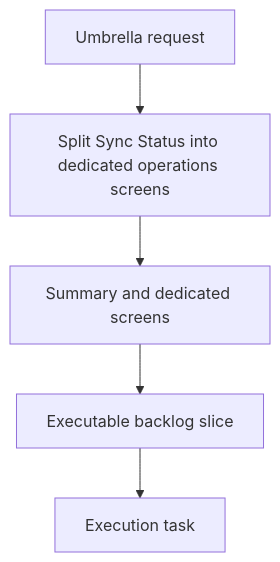
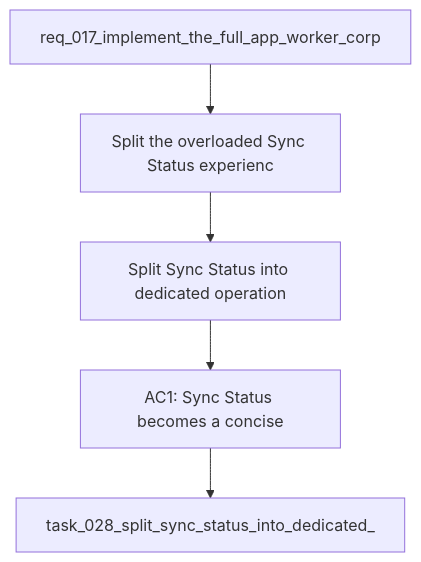
The diagram in logics/backlog/item_060_split_sync_status_into_dedicated_operations_screens.md (AlexAgo83/deepvault), drawn with Mermaid before and after one commit. The commit also changed other lines of this file and 10 other files, not shown here.

Commit message:
chore(logics): close umbrella plan and sync workflow docs

````diff
--- a/logics/backlog/item_060_split_sync_status_into_dedicated_operations_screens.md
+++ b/logics/backlog/item_060_split_sync_status_into_dedicated_operations_screens.md
@@ -21,9 +22,9 @@
 ```mermaid
 %% logics-kind: backlog
-%% logics-signature: backlog|split-sync-status-into-dedicated-operati|req-017-implement-the-full-app-worker-co|summary-and-dedicated-screens|ac1-sync-status-becomes-a-concise
+%% logics-signature: backlog|split-sync-status-into-dedicated-operati|req-017-implement-the-full-app-worker-co|split-the-overloaded-sync-status-experie|ac1-sync-status-becomes-a-concise
 flowchart TD
-    Request[Umbrella request] --> Problem[Split Sync Status into dedicated operations screens]
-    Problem --> Scope[Summary and dedicated screens]
-    Scope --> Acceptance[Executable backlog slice]
-    Acceptance --> Tasks[Execution task]
+    Request[req_017_implement_the_full_app_worker_corp] --> Problem[Split the overloaded Sync Status experienc]
+    Problem --> Scope[Split Sync Status into dedicated operation]
+    Scope --> Acceptance[AC1: Sync Status becomes a concise]
+    Acceptance --> Tasks[task_028_split_sync_status_into_dedicated_]
 ```
````
